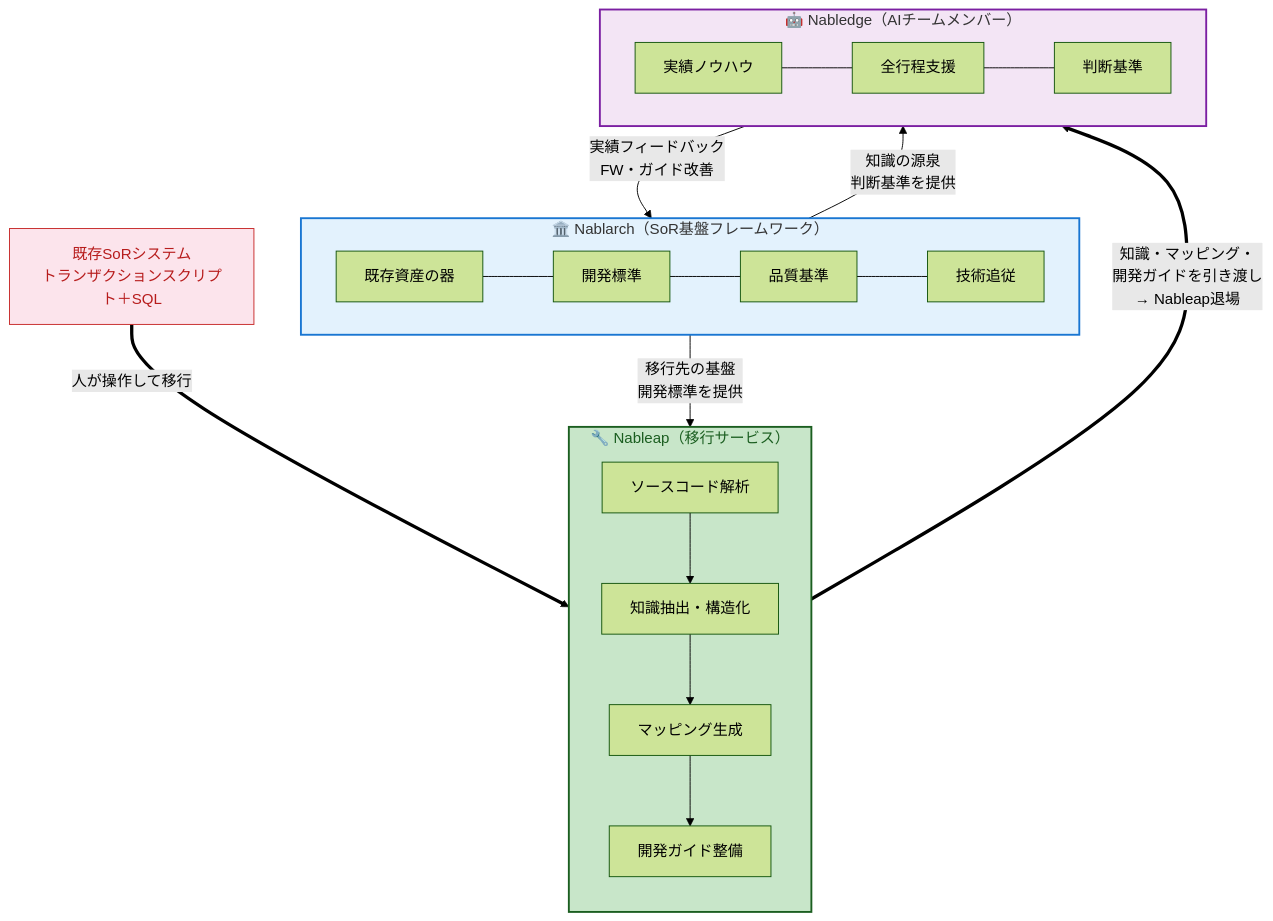
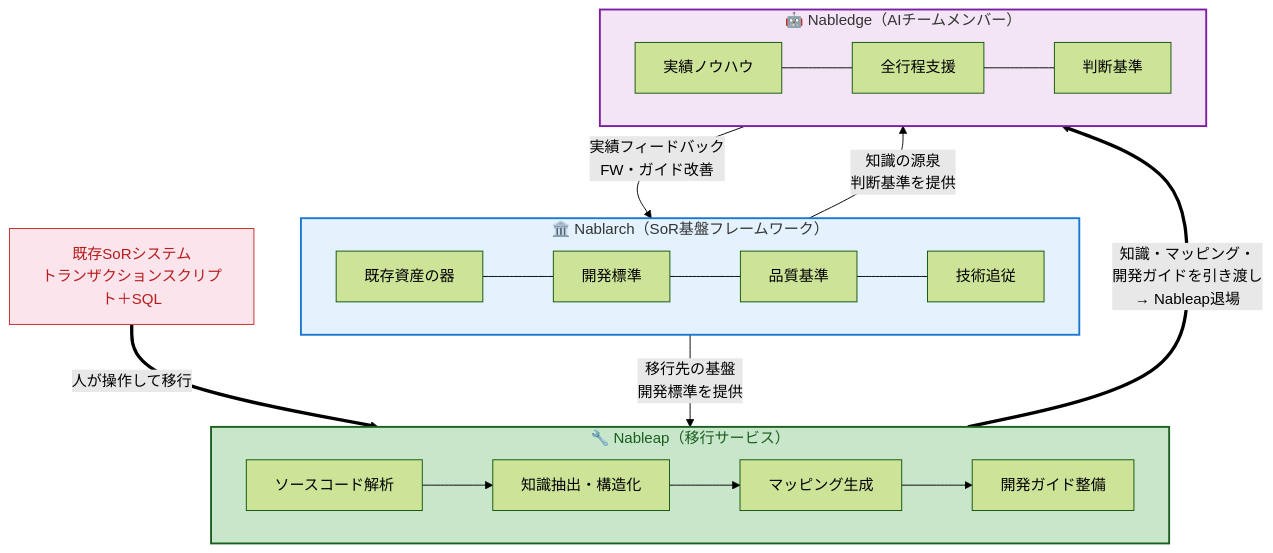
One commit to nablarch/nabledge-dev changed the second of 2 diagrams in doc/grand-design/grand-design.md. Above: the diagram before and after it, drawn with Mermaid (forest theme). The commit also changed other lines of this file, not shown here.

````diff
--- a/doc/grand-design/grand-design.md
+++ b/doc/grand-design/grand-design.md
@@ -102,34 +103,34 @@
 ```mermaid
 graph TB
   %% ===== 3プロダクト =====
   subgraph Nablarch["🏛️ Nablarch（SoR基盤フレームワーク）"]
     N1["既存資産の器"] --- N2["開発標準"] --- N3["品質基準"] --- N4["技術追従"]
   end
 
   subgraph Nableap["🔧 Nableap（移行サービス）"]
-    direction TB
+    direction LR
     L1["ソースコード解析"] --> L2["知識抽出・構造化"]
     L2 --> L3["マッピング生成"]
     L3 --> L4["開発ガイド整備"]
   end
 
   subgraph Nabledge["🤖 Nabledge（AIチームメンバー）"]
     D1["実績ノウハウ"] --- D2["全行程支援"] --- D3["判断基準"]
   end
 
   %% ===== 既存システム =====
   LEGACY["既存SoRシステム<br/>トランザクションスクリプト＋SQL"]
 
   %% ===== 関係 =====
   LEGACY ==>|"人が操作して移行"| Nableap
   Nableap ==>|"知識・マッピング・<br/>開発ガイドを引き渡し<br/>→ Nableap退場"| Nabledge
   Nablarch -->|"知識の源泉<br/>判断基準を提供"| Nabledge
   Nablarch -->|"移行先の基盤<br/>開発標準を提供"| Nableap
   Nabledge -->|"実績フィードバック<br/>FW・ガイド改善"| Nablarch
 
   %% ===== スタイル =====
   style Nablarch fill:#e3f2fd,stroke:#1976d2,stroke-width:2px
   style Nableap fill:#c8e6c9,stroke:#1b5e20,color:#1b5e20,stroke-width:2px
   style Nabledge fill:#f3e5f5,stroke:#7b1fa2,stroke-width:2px
   style LEGACY fill:#fce4ec,stroke:#c62828,color:#b71c1c
 ```
````
